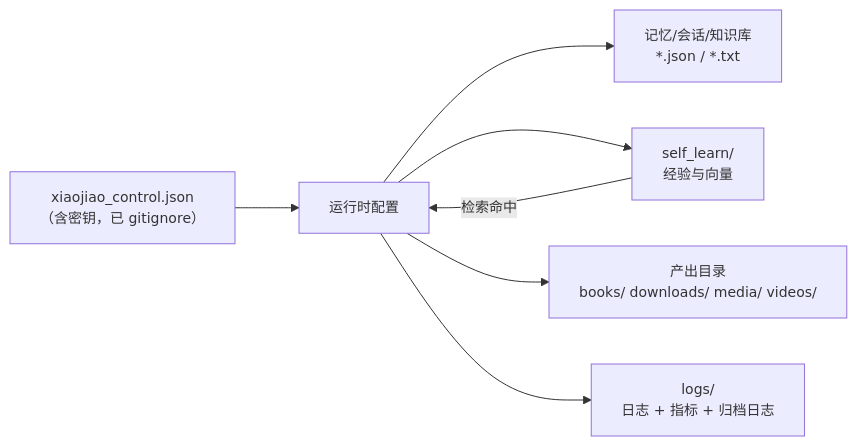
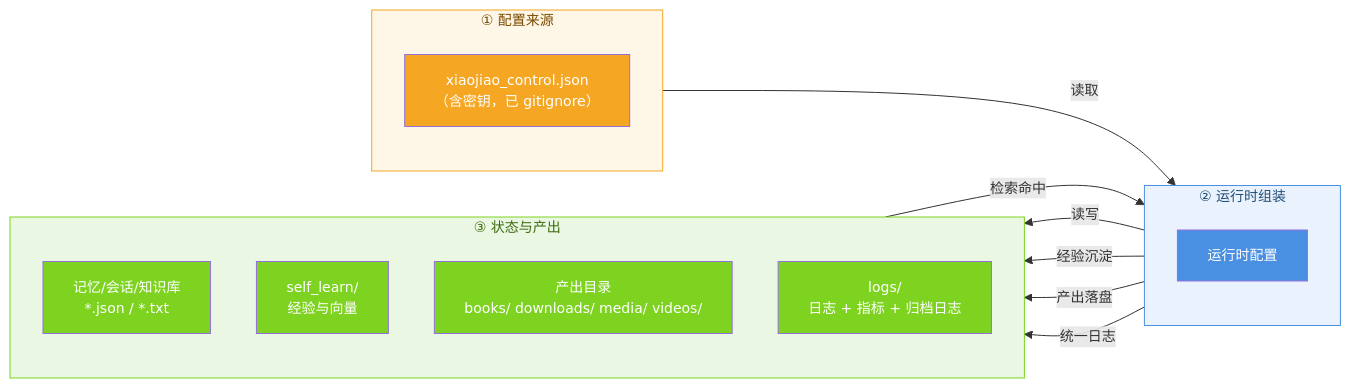
One commit to jiangchuangege/xiaojiao-harnees changed the fourth of 5 diagrams in ARCHITECTURE.md. Above: the diagram before and after it, drawn with Mermaid. The commit also changed other lines of this file and 30 other files, not shown here.

First line of the commit message:
﻿全仓 Mermaid 图统一 + 对比表与 License 修正

````diff
--- a/ARCHITECTURE.md
+++ b/ARCHITECTURE.md
@@ -207,10 +275,37 @@
 ```mermaid
-%%{init: {"themeVariables": {"fontSize": "14px"}, "flowchart": {"htmlLabels": true, "wrappingWidth": 320, "nodeSpacing": 46, "rankSpacing": 64, "useMaxWidth": true}}}%%
 flowchart LR
-    CFG["xiaojiao_control.json<br/>（含密钥，已 gitignore）"] --> APP["运行时配置"]
-    APP --> MEM["记忆/会话/知识库<br/>*.json / *.txt"]
-    APP --> LEARN["self_learn/<br/>经验与向量"]
+%%{init: {"themeVariables": {"fontSize": "14px"}, "flowchart": {"htmlLabels": true, "wrappingWidth": 340, "nodeSpacing": 46, "rankSpacing": 64, "useMaxWidth": true}}}%%
+    subgraph SRC["① 配置来源"]
+        direction TB
+        CFG["xiaojiao_control.json<br/>（含密钥，已 gitignore）"]
+    end
+
+    subgraph RT["② 运行时组装"]
+        direction TB
+        APP["运行时配置"]
+    end
+
+    subgraph STATE["③ 状态与产出"]
+        direction TB
+        MEM["记忆/会话/知识库<br/>*.json / *.txt"]
+        LEARN["self_learn/<br/>经验与向量"]
+        OUT["产出目录<br/>books/ downloads/ media/ videos/"]
+        LOGS["logs/<br/>日志 + 指标 + 归档日志"]
+    end
+
+    CFG -->|"读取"| APP
+    APP -->|"读写"| MEM
+    APP -->|"经验沉淀"| LEARN
     LEARN -->|"检索命中"| APP
-    APP --> OUT["产出目录<br/>books/ downloads/ media/ videos/"]
-    APP --> LOGS["logs/<br/>日志 + 指标 + 归档日志"]
+    APP -->|"产出落盘"| OUT
+    APP -->|"统一日志"| LOGS
+    style SRC fill:#FEF6E7,stroke:#F5A623,color:#7A4B00
+    style RT fill:#EAF2FD,stroke:#4A90E2,color:#1F4E79
+    style STATE fill:#EAF7E2,stroke:#7ED321,color:#3E6B12
+    style CFG fill:#F5A623,color:#fff
+    style APP fill:#4A90E2,color:#fff
+    style MEM fill:#7ED321,color:#fff
+    style LEARN fill:#7ED321,color:#fff
+    style OUT fill:#7ED321,color:#fff
+    style LOGS fill:#7ED321,color:#fff
 ```
````
